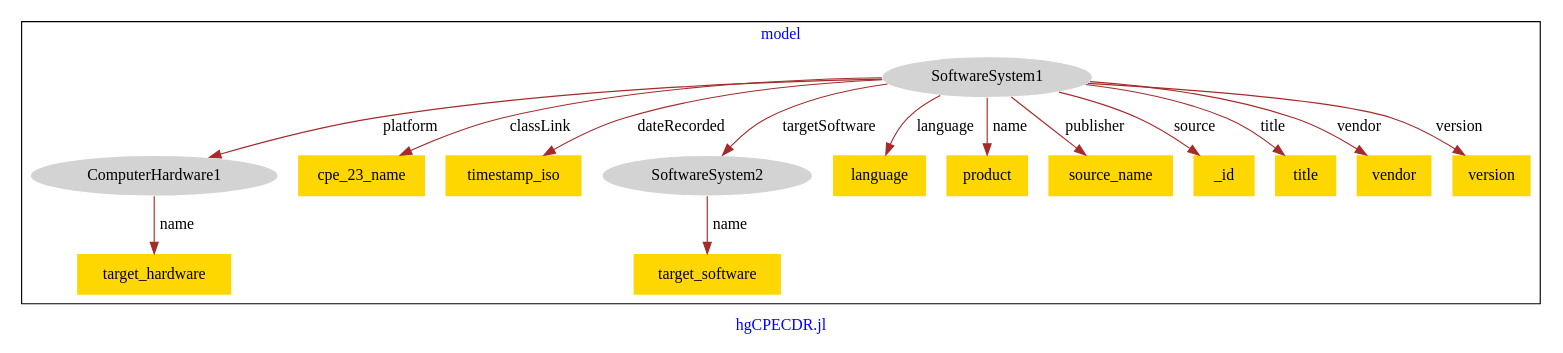
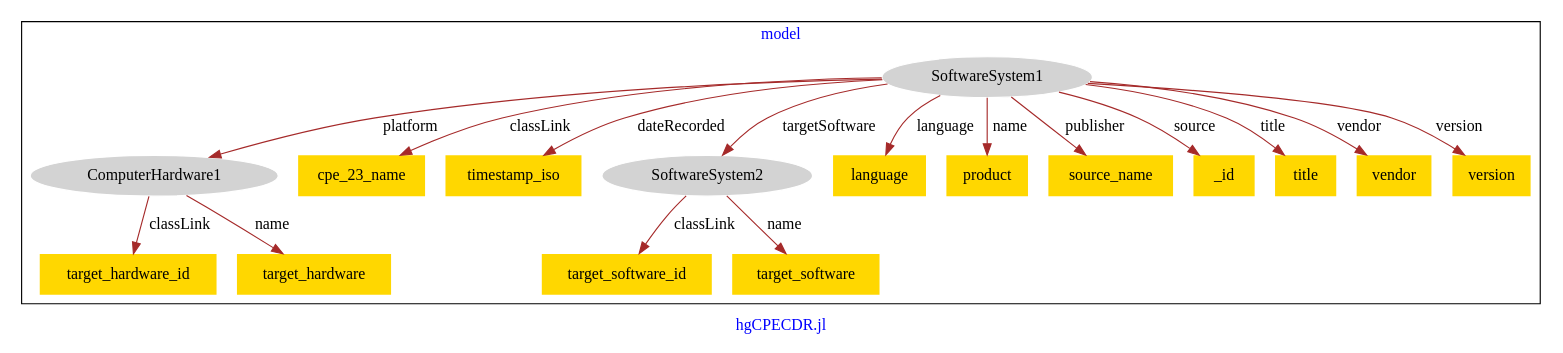
The diagram in models/hg-cpe/hg_cpe-model.dot (usc-isi-i2/effect-alignment), drawn with Graphviz before and after one commit.

Commit message:
Update file hg_cpe-model.dot

```diff
--- a/models/hg-cpe/hg_cpe-model.dot
+++ b/models/hg-cpe/hg_cpe-model.dot
@@ -1,35 +1,39 @@
 digraph n0 {
 fontcolor="blue"
 remincross="true"
 label="hgCPECDR.jl"
 subgraph cluster {
 label="model"
 n2[style="filled",color="white",fillcolor="lightgray",label="ComputerHardware1"];
-n3[shape="plaintext",style="filled",fillcolor="gold",label="target_hardware"];
-n4[style="filled",color="white",fillcolor="lightgray",label="SoftwareSystem1"];
-n5[shape="plaintext",style="filled",fillcolor="gold",label="cpe_23_name"];
-n6[shape="plaintext",style="filled",fillcolor="gold",label="timestamp_iso"];
-n7[style="filled",color="white",fillcolor="lightgray",label="SoftwareSystem2"];
-n8[shape="plaintext",style="filled",fillcolor="gold",label="language"];
-n9[shape="plaintext",style="filled",fillcolor="gold",label="product"];
-n10[shape="plaintext",style="filled",fillcolor="gold",label="source_name"];
-n11[shape="plaintext",style="filled",fillcolor="gold",label="_id"];
-n12[shape="plaintext",style="filled",fillcolor="gold",label="title"];
-n13[shape="plaintext",style="filled",fillcolor="gold",label="vendor"];
-n14[shape="plaintext",style="filled",fillcolor="gold",label="version"];
-n15[shape="plaintext",style="filled",fillcolor="gold",label="target_software"];
+n3[shape="plaintext",style="filled",fillcolor="gold",label="target_hardware_id"];
+n4[shape="plaintext",style="filled",fillcolor="gold",label="target_hardware"];
+n5[style="filled",color="white",fillcolor="lightgray",label="SoftwareSystem1"];
+n6[shape="plaintext",style="filled",fillcolor="gold",label="cpe_23_name"];
+n7[shape="plaintext",style="filled",fillcolor="gold",label="timestamp_iso"];
+n8[style="filled",color="white",fillcolor="lightgray",label="SoftwareSystem2"];
+n9[shape="plaintext",style="filled",fillcolor="gold",label="language"];
+n10[shape="plaintext",style="filled",fillcolor="gold",label="product"];
+n11[shape="plaintext",style="filled",fillcolor="gold",label="source_name"];
+n12[shape="plaintext",style="filled",fillcolor="gold",label="_id"];
+n13[shape="plaintext",style="filled",fillcolor="gold",label="title"];
+n14[shape="plaintext",style="filled",fillcolor="gold",label="vendor"];
+n15[shape="plaintext",style="filled",fillcolor="gold",label="version"];
+n16[shape="plaintext",style="filled",fillcolor="gold",label="target_software_id"];
+n17[shape="plaintext",style="filled",fillcolor="gold",label="target_software"];
 }
-n2 -> n3[color="brown",fontcolor="black",label="name"]
-n4 -> n5[color="brown",fontcolor="black",label="classLink"]
-n4 -> n6[color="brown",fontcolor="black",label="dateRecorded"]
-n4 -> n2[color="brown",fontcolor="black",label="platform"]
-n4 -> n7[color="brown",fontcolor="black",label="targetSoftware"]
-n4 -> n8[color="brown",fontcolor="black",label="language"]
-n4 -> n9[color="brown",fontcolor="black",label="name"]
-n4 -> n10[color="brown",fontcolor="black",label="publisher"]
-n4 -> n11[color="brown",fontcolor="black",label="source"]
-n4 -> n12[color="brown",fontcolor="black",label="title"]
-n4 -> n13[color="brown",fontcolor="black",label="vendor"]
-n4 -> n14[color="brown",fontcolor="black",label="version"]
-n7 -> n15[color="brown",fontcolor="black",label="name"]
+n2 -> n3[color="brown",fontcolor="black",label="classLink"]
+n2 -> n4[color="brown",fontcolor="black",label="name"]
+n5 -> n6[color="brown",fontcolor="black",label="classLink"]
+n5 -> n7[color="brown",fontcolor="black",label="dateRecorded"]
+n5 -> n2[color="brown",fontcolor="black",label="platform"]
+n5 -> n8[color="brown",fontcolor="black",label="targetSoftware"]
+n5 -> n9[color="brown",fontcolor="black",label="language"]
+n5 -> n10[color="brown",fontcolor="black",label="name"]
+n5 -> n11[color="brown",fontcolor="black",label="publisher"]
+n5 -> n12[color="brown",fontcolor="black",label="source"]
+n5 -> n13[color="brown",fontcolor="black",label="title"]
+n5 -> n14[color="brown",fontcolor="black",label="vendor"]
+n5 -> n15[color="brown",fontcolor="black",label="version"]
+n8 -> n16[color="brown",fontcolor="black",label="classLink"]
+n8 -> n17[color="brown",fontcolor="black",label="name"]
 }
```
